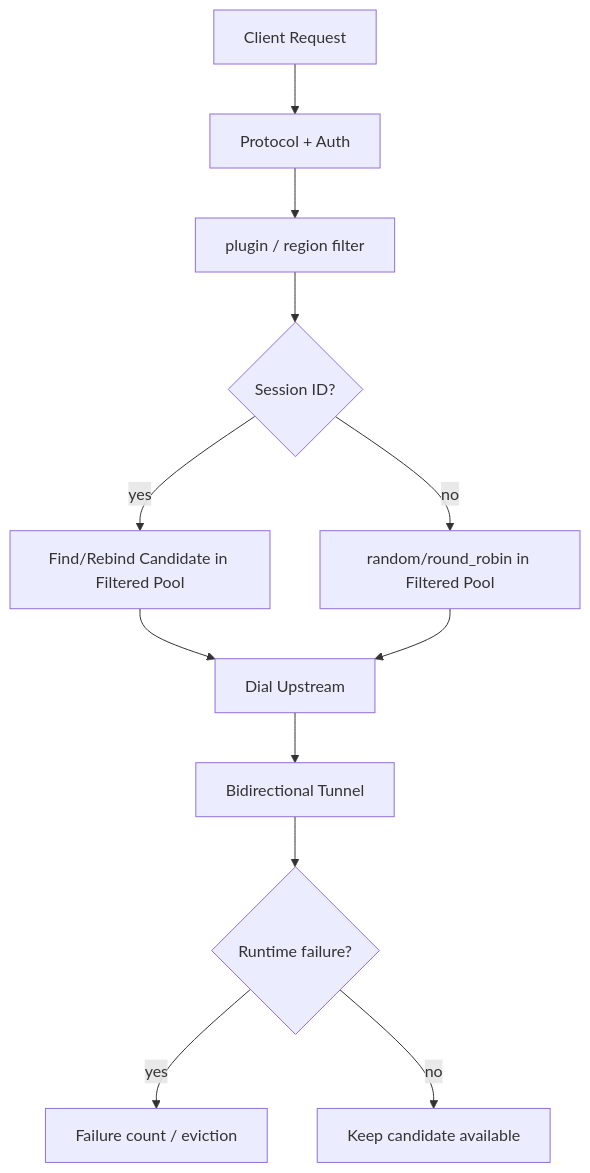
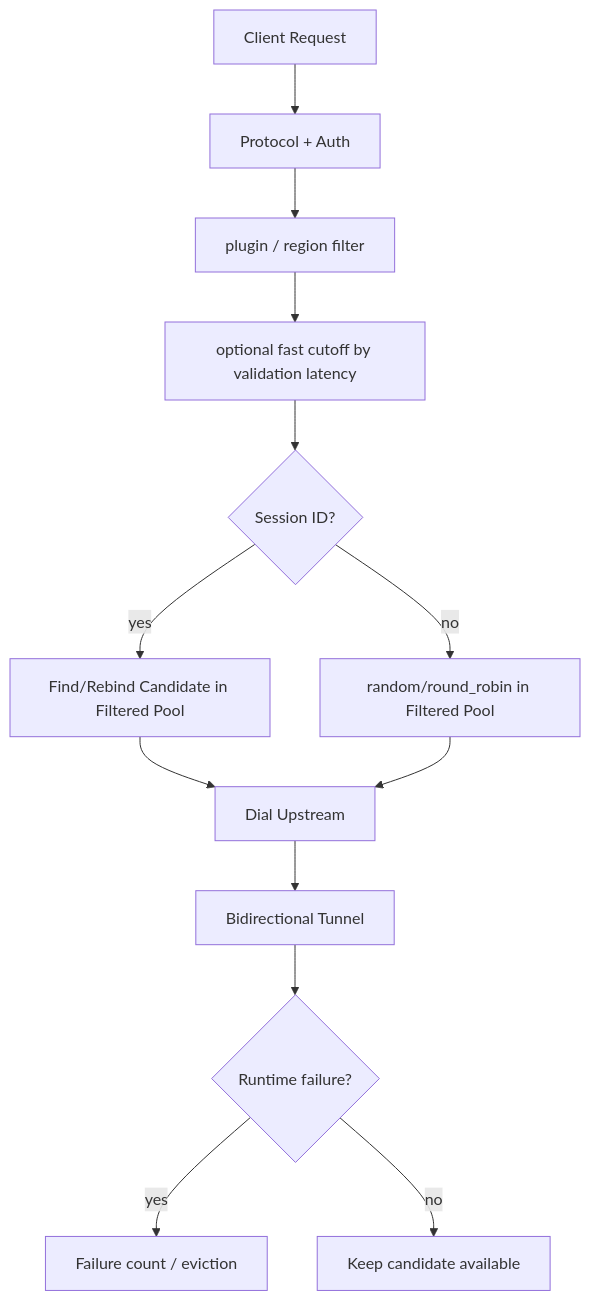
The third of 7 diagrams in docs/topology.md (fengyuanluo/aioproxy), drawn with Mermaid before and after one commit. The commit also changed other lines of this file and 17 other files, not shown here.

````diff
--- a/docs/topology.md
+++ b/docs/topology.md
@@ -43,14 +43,15 @@
 ```mermaid
 flowchart TD
   Req[Client Request] --> Parse[Protocol + Auth]
   Parse --> Filter[plugin / region filter]
-  Filter --> Sess{Session ID?}
+  Filter --> Fast[optional fast cutoff by validation latency]
+  Fast --> Sess{Session ID?}
   Sess -- yes --> Bind[Find/Rebind Candidate in Filtered Pool]
   Sess -- no --> Policy[random/round_robin in Filtered Pool]
   Bind --> Dial[Dial Upstream]
   Policy --> Dial
   Dial --> Tunnel[Bidirectional Tunnel]
   Tunnel --> Fail{Runtime failure?}
   Fail -- yes --> Evict[Failure count / eviction]
   Fail -- no --> OK[Keep candidate available]
 ```
````
